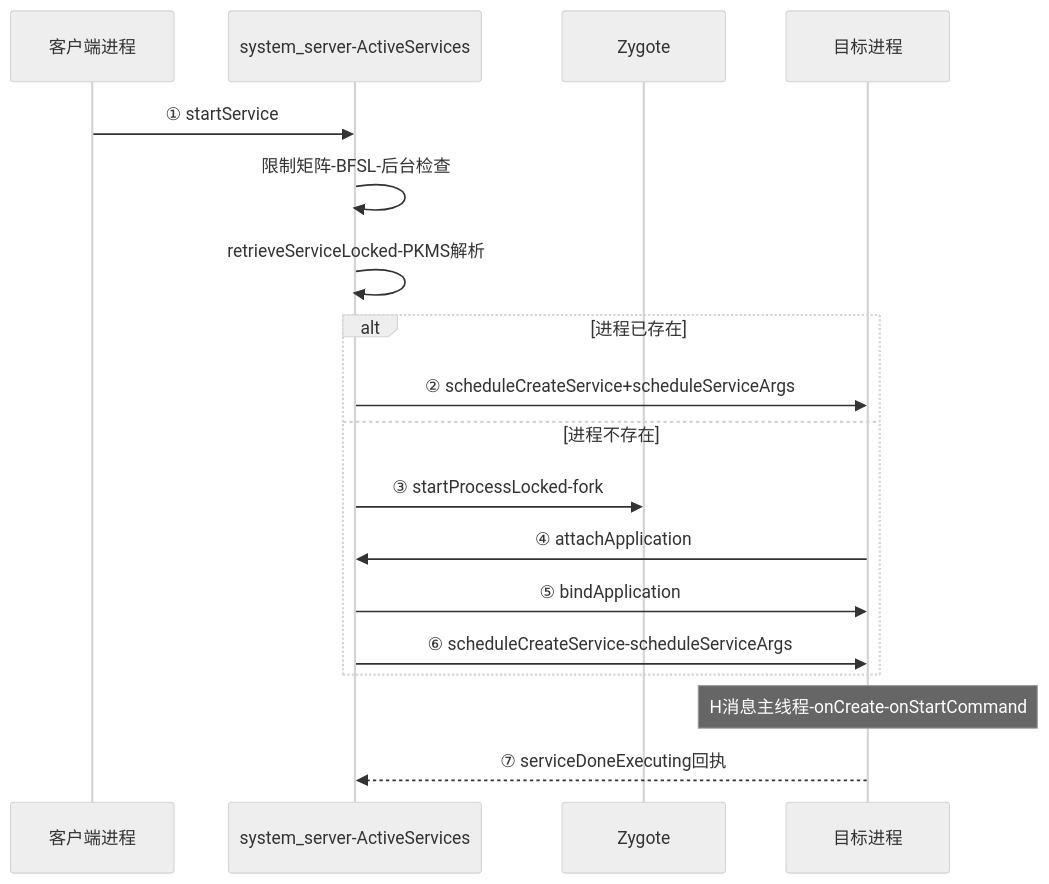
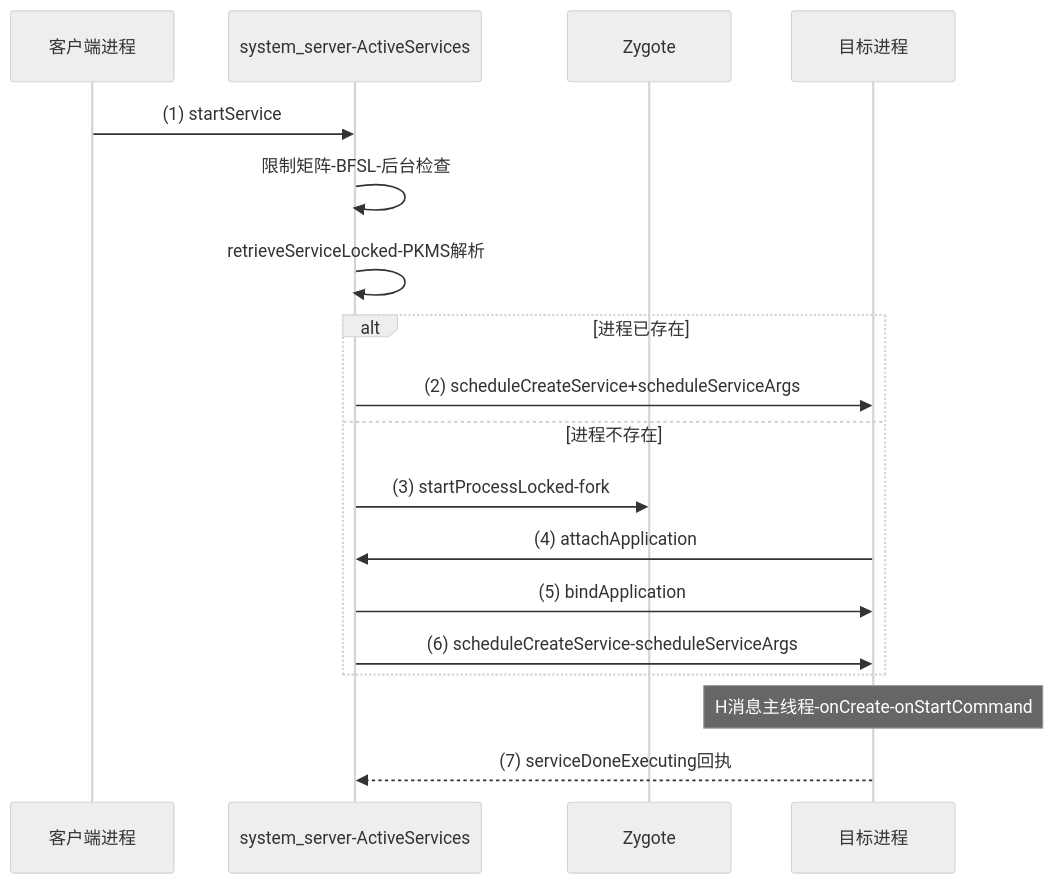
One commit to coswit/coswit.github.io changed the second of 2 diagrams in Android/深入理解Android卷II/09-深入理解Service源码版.md. Above: the diagram before and after it, drawn with Mermaid (neutral theme). The commit also changed other lines of this file and 4 other files, not shown here.

````diff
--- a/Android/深入理解Android卷II/09-深入理解Service源码版.md
+++ b/Android/深入理解Android卷II/09-深入理解Service源码版.md
@@ -234,20 +238,20 @@
 ```mermaid
 sequenceDiagram
     participant App as 客户端进程
     participant AS as system_server-ActiveServices
     participant Zy as Zygote
     participant New as 目标进程
-    App->>AS: ① startService
+    App->>AS: (1) startService
     AS->>AS: 限制矩阵-BFSL-后台检查
     AS->>AS: retrieveServiceLocked-PKMS解析
     alt 进程已存在
-        AS->>New: ② scheduleCreateService+scheduleServiceArgs
+        AS->>New: (2) scheduleCreateService+scheduleServiceArgs
     else 进程不存在
-        AS->>Zy: ③ startProcessLocked-fork
-        New->>AS: ④ attachApplication
-        AS->>New: ⑤ bindApplication
-        AS->>New: ⑥ scheduleCreateService-scheduleServiceArgs
+        AS->>Zy: (3) startProcessLocked-fork
+        New->>AS: (4) attachApplication
+        AS->>New: (5) bindApplication
+        AS->>New: (6) scheduleCreateService-scheduleServiceArgs
     end
     Note over New: H消息主线程-onCreate-onStartCommand
-    New-->>AS: ⑦ serviceDoneExecuting回执
+    New-->>AS: (7) serviceDoneExecuting回执
 ```
````
